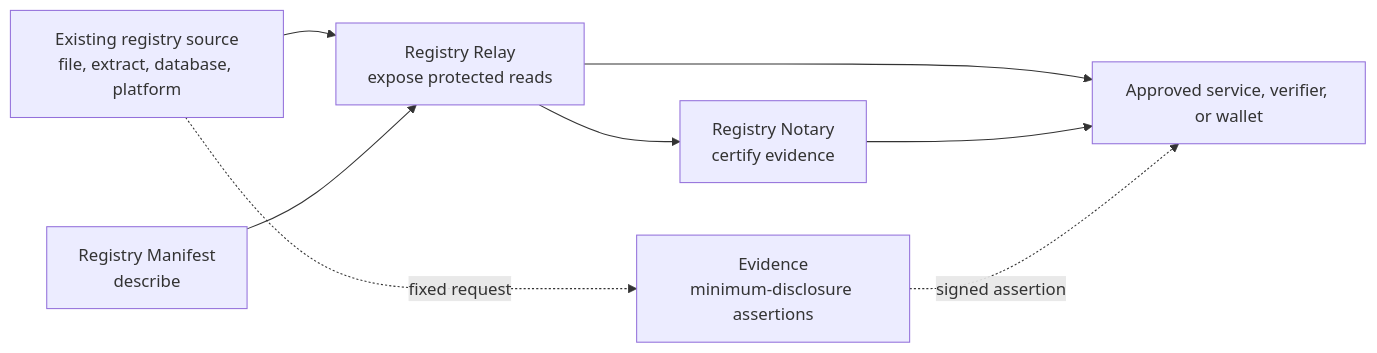
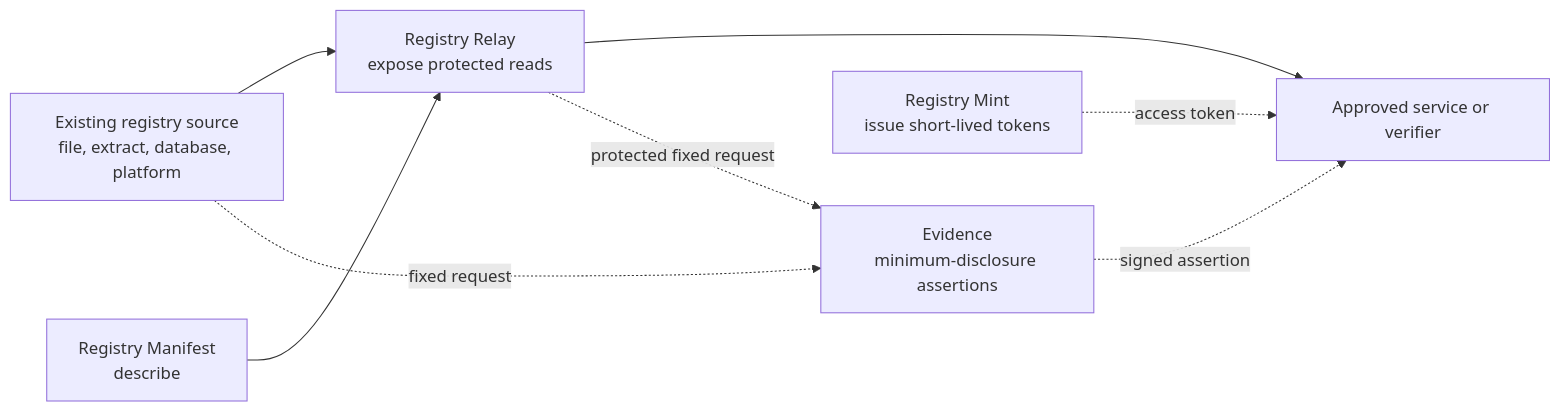
One commit to registrystack/registry-stack changed the diagram in README.md. Above: the diagram before and after it, drawn with Mermaid. The commit also changed other lines of this file and 3 other files, not shown here.

Commit message:
docs: present Relay and Evidence as maintained products

````diff
--- a/README.md
+++ b/README.md
@@ -56,17 +54,17 @@
 ```mermaid
 flowchart LR
     source["Existing registry source<br/>file, extract, database, platform"]
     manifest["Registry Manifest<br/>describe"]
     relay["Registry Relay<br/>expose protected reads"]
-    notary["Registry Notary<br/>certify evidence"]
     evidence["Evidence<br/>minimum-disclosure assertions"]
-    caller["Approved service, verifier, or wallet"]
+    mint["Registry Mint<br/>issue short-lived tokens"]
+    caller["Approved service or verifier"]
 
     source --> relay
     manifest --> relay
     relay --> caller
-    relay --> notary
-    notary --> caller
     source -. fixed request .-> evidence
+    relay -. protected fixed request .-> evidence
     evidence -. signed assertion .-> caller
+    mint -. access token .-> caller
 ```
````
